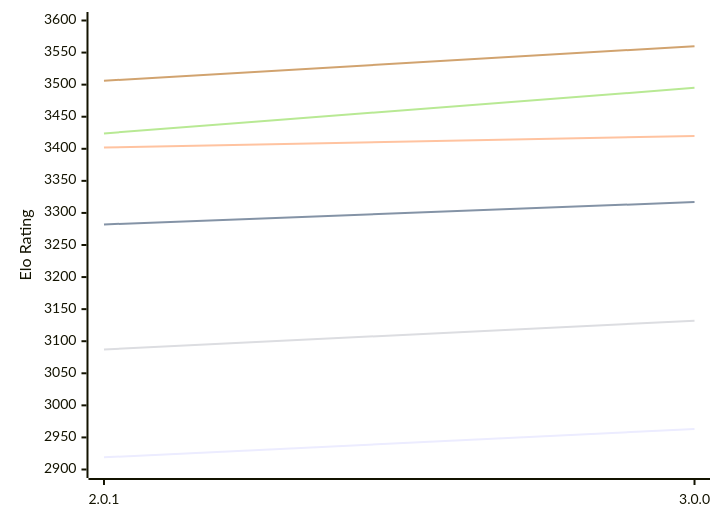
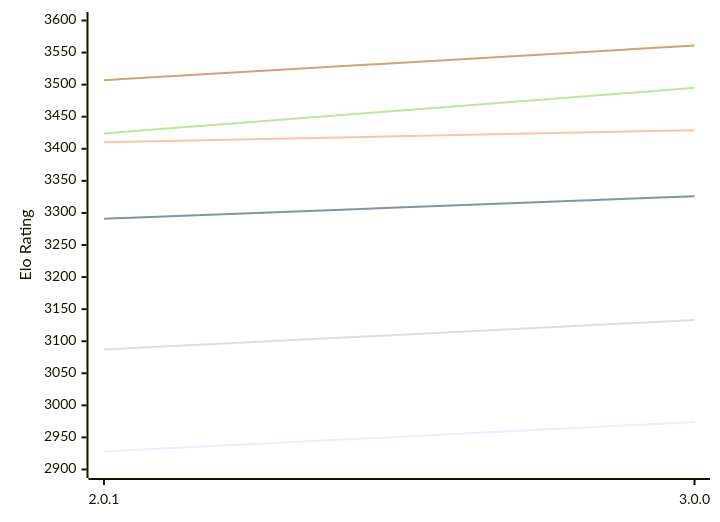
The first of 2 diagrams in engines/Grail.md (computer-chess-index/cci), drawn with Mermaid before and after one commit. The commit also changed other lines of this file, not shown here.

Commit message:
Update CCI Ratings (ELO VLTC) - 2026-11-07

````diff
--- a/engines/Grail.md
+++ b/engines/Grail.md
@@ -56,12 +56,12 @@
 ```mermaid
 %%{init: {"theme":"base","themeVariables":{"seriesColors:['#a3a3a3','#222221','#faa371']}}}%%
 xychart-beta
   x-axis ["2.0.1", "3.0.0"]
   y-axis "Elo Rating" 2900 --> 3600
-  line "E1: STC (8.0+0.08s)" [2919, 2963]
-  line "E1: LTC (60.0+0.60s)" [3282, 3317]
-  line "E1: VLTC (2m24s+1.12s)" [3402, 3420]
-  line "P1: STC (8.0+0.08s)" [3087, 3132]
+  line "E1: STC (8.0+0.08s)" [2928, 2974]
+  line "E1: LTC (60.0+0.60s)" [3291, 3326]
+  line "E1: VLTC (2m24s+1.12s)" [3410, 3429]
+  line "P1: STC (8.0+0.08s)" [3087, 3133]
   line "P1: LTC (60.0+0.60s)" [3424, 3495]
-  line "P1: VLTC (2m24s+1.12s)" [3506, 3560]
+  line "P1: VLTC (2m24s+1.12s)" [3507, 3561]
 ```
````
